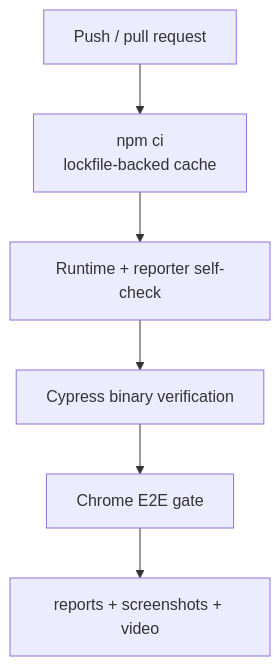
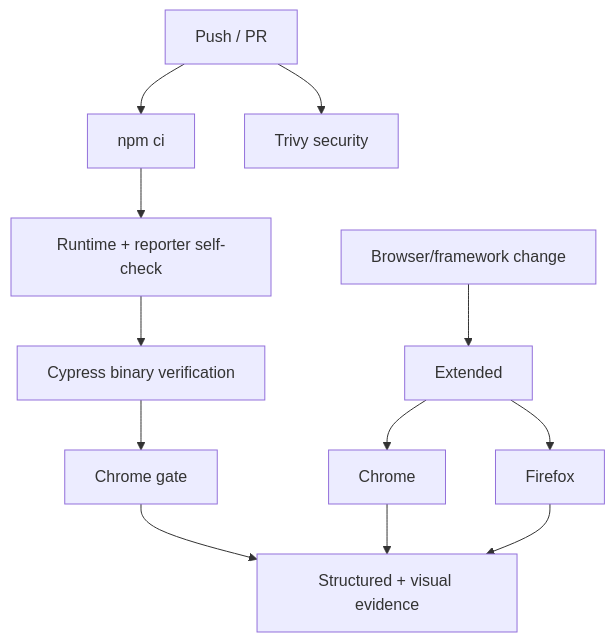
One commit to portyu9/qa-automation-ui-cypress changed the third of 3 diagrams in README.md. Above: the diagram before and after it, drawn with Mermaid. The commit also changed other lines of this file and 4 other files, not shown here.

````diff
--- a/README.md
+++ b/README.md
@@ -219,9 +282,14 @@
 ```mermaid
 flowchart TD
-    PR[Push / pull request] --> INSTALL[npm ci
-lockfile-backed cache]
+    PR[Push / PR] --> INSTALL[npm ci]
     INSTALL --> CFG[Runtime + reporter self-check]
     CFG --> VERIFY[Cypress binary verification]
-    VERIFY --> CHROME[Chrome E2E gate]
-    CHROME --> ART[reports + screenshots + video]
+    VERIFY --> CH[Chrome gate]
+    PR --> SEC[Trivy security]
+    BCHANGE[Browser/framework change] --> EXT[Extended]
+    EXT --> C[Chrome]
+    EXT --> F[Firefox]
+    CH --> ART[Structured + visual evidence]
+    C --> ART
+    F --> ART
 ```
````
